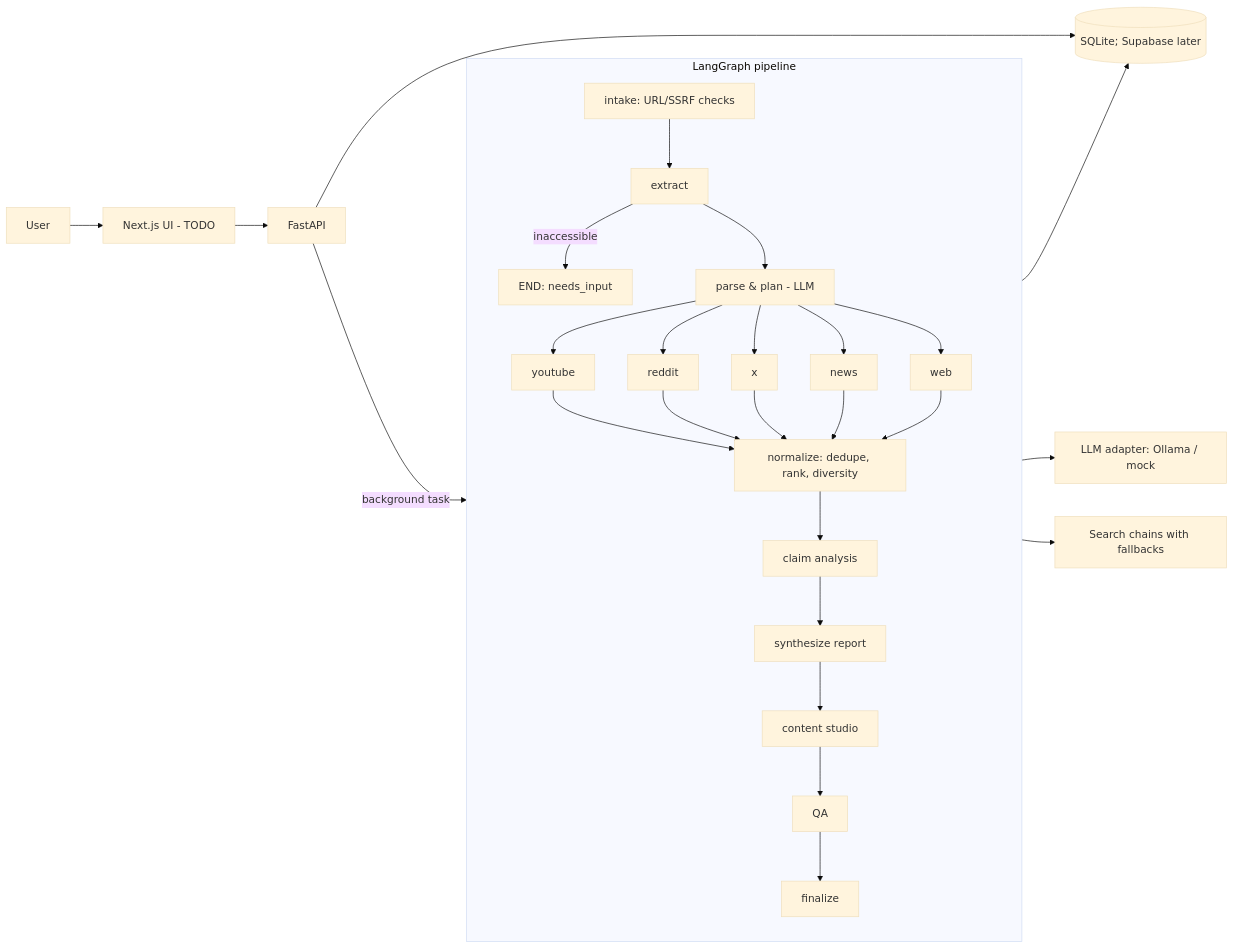
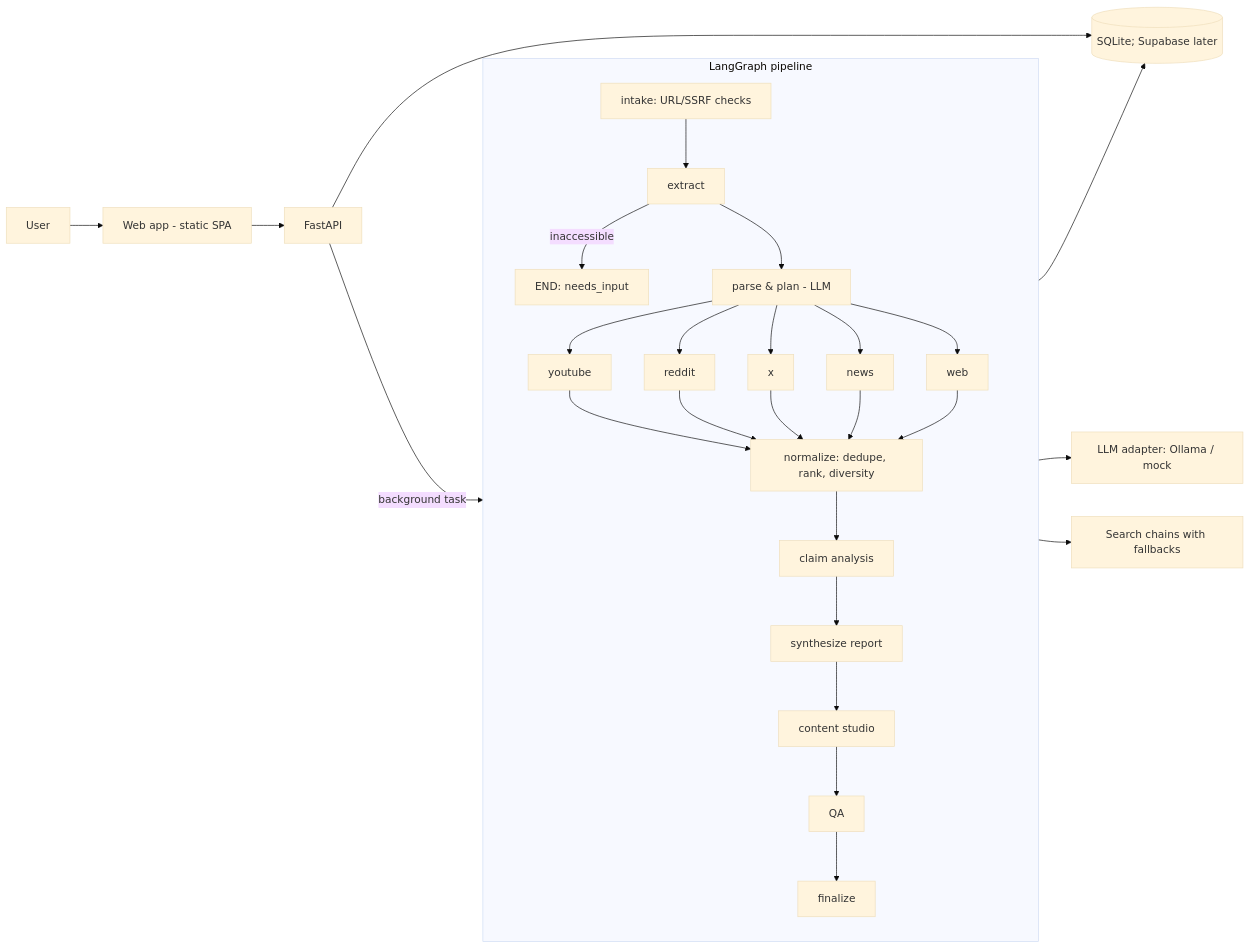
The diagram in docs/architecture.md (jeffinjjohn-HUNT/research-creator-agent-project), drawn with Mermaid (base theme) before and after one commit. The commit also changed other lines of this file and 2 other files, not shown here.

Commit message:
Update README, docs and default model

````diff
--- a/docs/architecture.md
+++ b/docs/architecture.md
@@ -3,17 +3,17 @@
 ```mermaid
 flowchart LR
-  U[User] --> W[Next.js UI - TODO] --> A[FastAPI]
+  U[User] --> W[Web app - static SPA] --> A[FastAPI]
   A -->|background task| G
   subgraph G[LangGraph pipeline]
     I[intake: URL/SSRF checks] --> X[extract]
     X -->|inaccessible| N[END: needs_input]
     X --> P[parse & plan - LLM]
     P --> Y[youtube] & R[reddit] & T[x] & NW[news] & WB[web]
     Y & R & T & NW & WB --> NO[normalize: dedupe, rank, diversity]
     NO --> C[claim analysis] --> S[synthesize report] --> CS[content studio] --> Q[QA] --> F[finalize]
   end
   G --> DB[(SQLite; Supabase later)]
   A --> DB
   G --> L[LLM adapter: Ollama / mock]
   G --> SP[Search chains with fallbacks]
 ```
````
